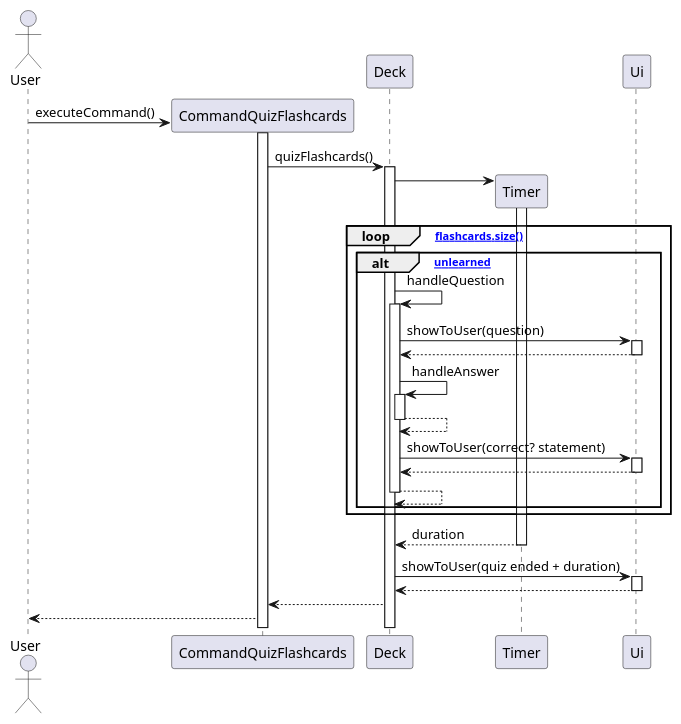
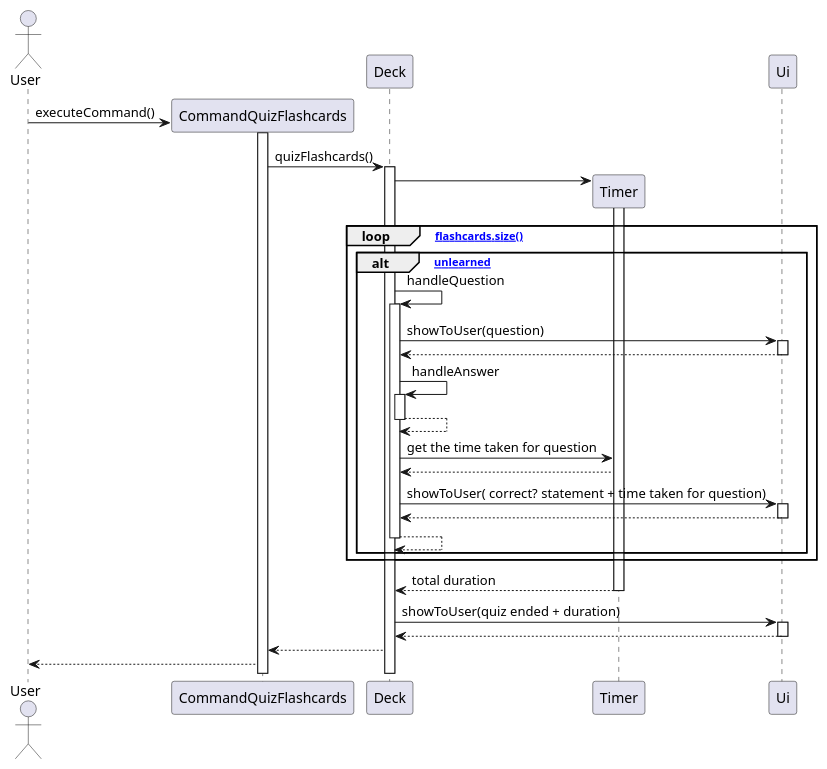
One commit to felfelyuen/tp changed the diagram in docs/diagrams/QuizSequenceDiagram.puml. Above: the diagram before and after it, drawn with PlantUML. The commit also changed 4 other files, not shown here.

Commit message:
Edits to DG and diagrams

```diff
--- a/docs/diagrams/QuizSequenceDiagram.puml
+++ b/docs/diagrams/QuizSequenceDiagram.puml
@@ -1,28 +1,30 @@
 @startuml
 actor User
 User -> CommandQuizFlashcards **: executeCommand()
 CommandQuizFlashcards++
 CommandQuizFlashcards -> Deck++: quizFlashcards()
 Deck -> Timer **
 Timer ++
 loop [flashcards.size()]
     alt [unlearned]
     Deck -> Deck++: handleQuestion
     Deck -> Ui++: showToUser(question)
     return
     Deck -> Deck++: handleAnswer
     return
-    Deck -> Ui++ : showToUser(correct? statement)
+    Deck -> Timer: get the time taken for question
+    Timer --> Deck
+    Deck -> Ui++ : showToUser( correct? statement + time taken for question)
     return
     return
     end
 end
-return duration
+return total duration
 
 Deck -> Ui++ : showToUser(quiz ended + duration)
 return
 Deck --> CommandQuizFlashcards
 CommandQuizFlashcards --> User
 
 
 @enduml
```
